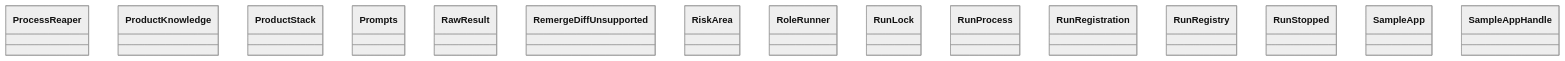
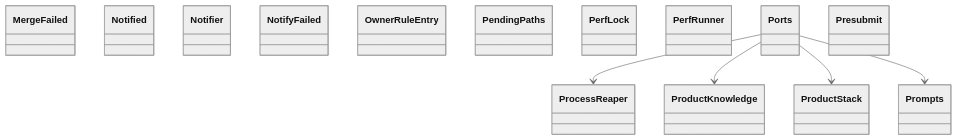
The diagram in docs/architecture/generated/classes-process-application-support-5.md (GonzaloZevallos/agentic-system), drawn with Mermaid (neutral theme) before and after one commit. The commit also changed other lines of this file and 20 other files, not shown here.

Commit message:
Regenerate the architecture docs for the notifier ports and FilesystemNotified

````diff
--- a/docs/architecture/generated/classes-process-application-support-5.md
+++ b/docs/architecture/generated/classes-process-application-support-5.md
@@ -20,18 +21,21 @@
 ```mermaid
 classDiagram
+    class ports__MergeFailed["MergeFailed"]
+    class ports__Notified["Notified"]
+    class ports__Notifier["Notifier"]
+    class ports__NotifyFailed["NotifyFailed"]
+    class ports__OwnerRuleEntry["OwnerRuleEntry"]
+    class ports__PendingPaths["PendingPaths"]
+    class ports__PerfLock["PerfLock"]
+    class ports__PerfRunner["PerfRunner"]
+    class ports__Ports["Ports"]
+    class ports__Presubmit["Presubmit"]
     class ports__ProcessReaper["ProcessReaper"]
     class ports__ProductKnowledge["ProductKnowledge"]
     class ports__ProductStack["ProductStack"]
     class ports__Prompts["Prompts"]
-    class ports__RawResult["RawResult"]
-    class ports__RemergeDiffUnsupported["RemergeDiffUnsupported"]
-    class ports__RiskArea["RiskArea"]
-    class ports__RoleRunner["RoleRunner"]
-    class ports__RunLock["RunLock"]
-    class ports__RunProcess["RunProcess"]
-    class ports__RunRegistration["RunRegistration"]
-    class ports__RunRegistry["RunRegistry"]
-    class ports__RunStopped["RunStopped"]
-    class ports__SampleApp["SampleApp"]
-    class ports__SampleAppHandle["SampleAppHandle"]
+    ports__Ports --> ports__ProcessReaper
+    ports__Ports --> ports__ProductKnowledge
+    ports__Ports --> ports__ProductStack
+    ports__Ports --> ports__Prompts
 ```
````
